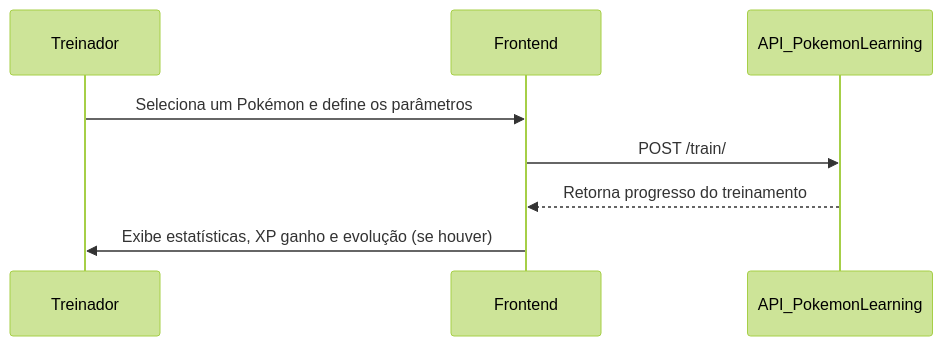
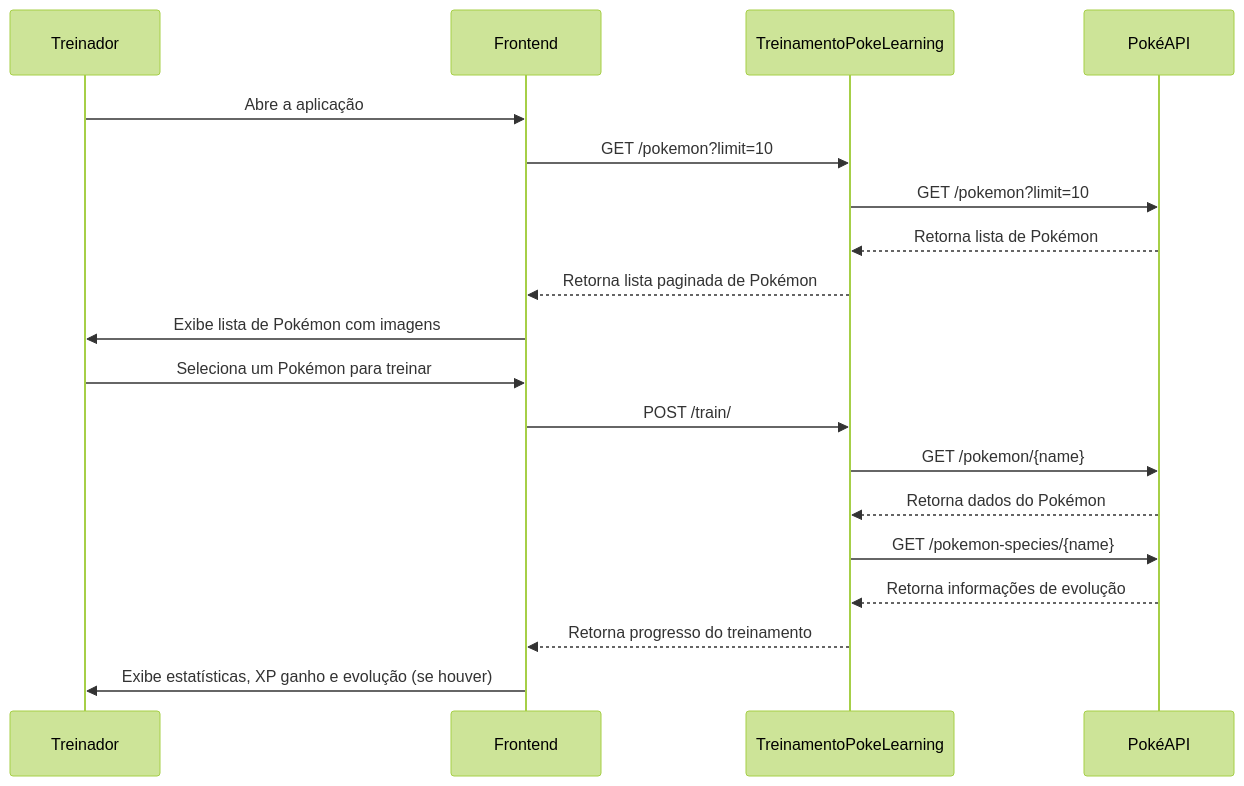
One commit to alexandremendoncaalvaro/dev-frontend changed the diagram in README.md. Above: the diagram before and after it, drawn with Mermaid (forest theme). The commit also changed other lines of this file, not shown here.

Commit message:
update README with additional details on challenge duration, technical requirements, API flow, and submission guidelines

````diff
--- a/README.md
+++ b/README.md
@@ -41,11 +62,23 @@
 ```mermaid
 sequenceDiagram
     participant Treinador
     participant Frontend
-    participant API_PokemonLearning
+    participant TreinamentoPokeLearning
+    participant PokéAPI
 
-    Treinador->>Frontend: Seleciona um Pokémon e define os parâmetros
-    Frontend->>API_PokemonLearning: POST /train/
-    API_PokemonLearning-->>Frontend: Retorna progresso do treinamento
+    Treinador->>Frontend: Abre a aplicação
+    Frontend->>TreinamentoPokeLearning: GET /pokemon?limit=10
+    TreinamentoPokeLearning->>PokéAPI: GET /pokemon?limit=10
+    PokéAPI-->>TreinamentoPokeLearning: Retorna lista de Pokémon
+    TreinamentoPokeLearning-->>Frontend: Retorna lista paginada de Pokémon
+    Frontend->>Treinador: Exibe lista de Pokémon com imagens
+
+    Treinador->>Frontend: Seleciona um Pokémon para treinar
+    Frontend->>TreinamentoPokeLearning: POST /train/
+    TreinamentoPokeLearning->>PokéAPI: GET /pokemon/{name}
+    PokéAPI-->>TreinamentoPokeLearning: Retorna dados do Pokémon
+    TreinamentoPokeLearning->>PokéAPI: GET /pokemon-species/{name}
+    PokéAPI-->>TreinamentoPokeLearning: Retorna informações de evolução
+    TreinamentoPokeLearning-->>Frontend: Retorna progresso do treinamento
     Frontend->>Treinador: Exibe estatísticas, XP ganho e evolução (se houver)
 ```
````
